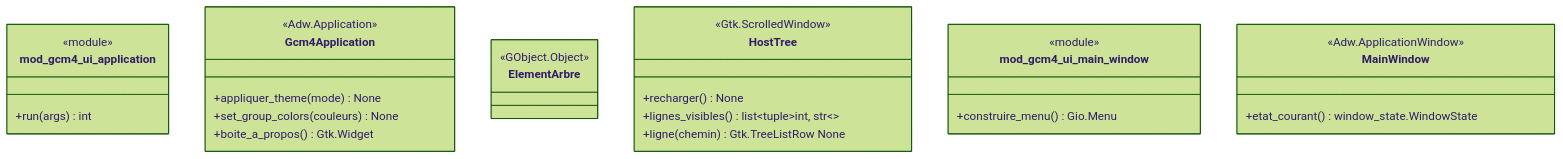
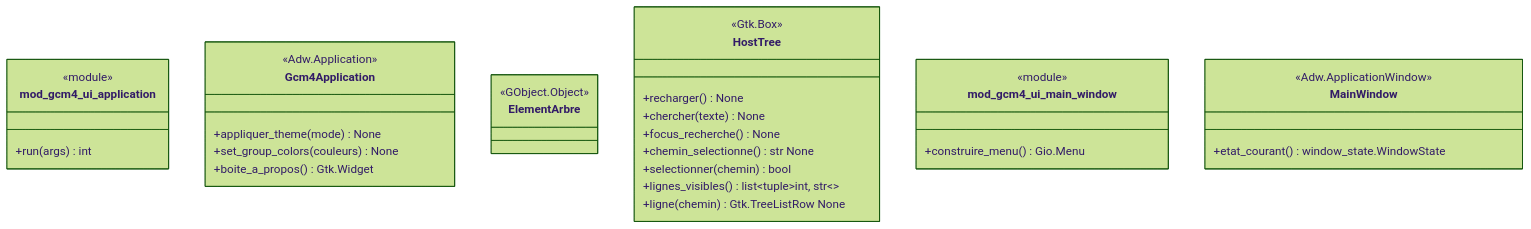
Before and after one commit to Mathide-Team/Gcm4: the seventh of 7 diagrams in docs/class-diagram.md, drawn with Mermaid (forest theme). The commit also changed other lines of this file and 70 other files, not shown here.

````diff
--- a/docs/class-diagram.md
+++ b/docs/class-diagram.md
@@ -1476,30 +1478,34 @@
 ```mermaid
 classDiagram
     class mod_gcm4_ui_application {
         <<module>>
         +run(args) int
     }
     class Gcm4Application {
         <<Adw.Application>>
         +appliquer_theme(mode) None
         +set_group_colors(couleurs) None
         +boite_a_propos() Gtk.Widget
     }
     class ElementArbre {
         <<GObject.Object>>
     }
     class HostTree {
-        <<Gtk.ScrolledWindow>>
+        <<Gtk.Box>>
         +recharger() None
+        +chercher(texte) None
+        +focus_recherche() None
+        +chemin_selectionne() str None
+        +selectionner(chemin) bool
         +lignes_visibles() list~tuple~int, str~~
         +ligne(chemin) Gtk.TreeListRow None
     }
     class mod_gcm4_ui_main_window {
         <<module>>
         +construire_menu() Gio.Menu
     }
     class MainWindow {
         <<Adw.ApplicationWindow>>
         +etat_courant() window_state.WindowState
     }
 ```
````
